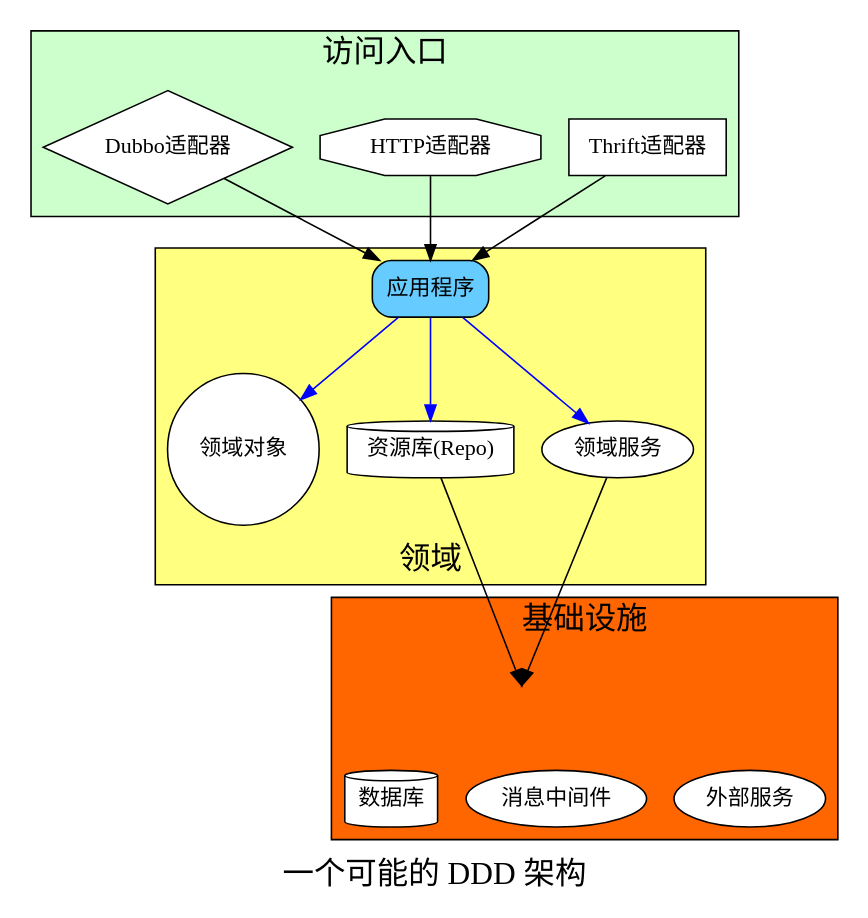
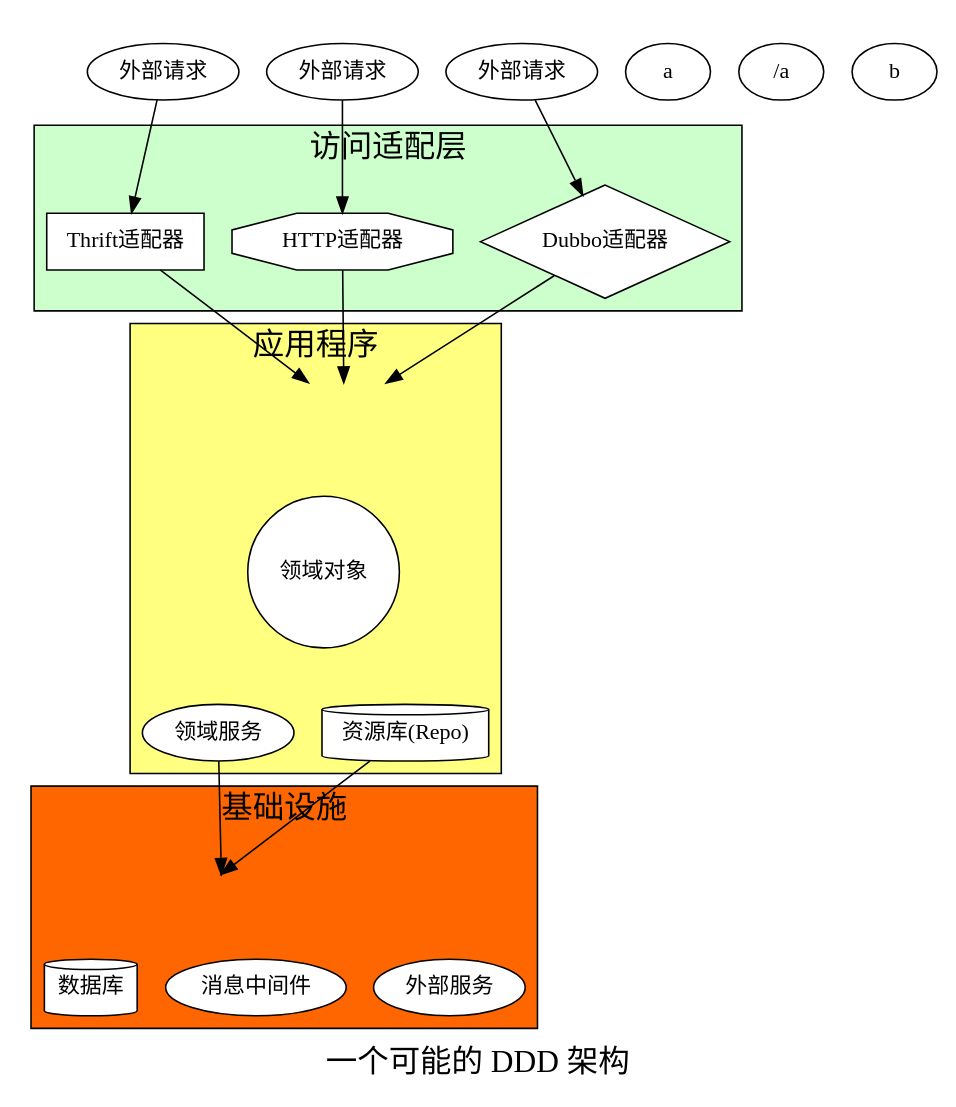
One commit to shinyoo/shinyoo.github.io changed the diagram in ddd/img/architecture.dot. Above: the diagram before and after it, drawn with Graphviz. The commit also changed 4 other files, not shown here.

```diff
--- a/ddd/img/architecture.dot
+++ b/ddd/img/architecture.dot
@@ -1,66 +1,89 @@
 digraph architecture {
     splines=false
+
+    subgraph cluster_req {
+        r1[label="外部请求"]
+        r2[label="外部请求"]
+        r3[label="外部请求"]
+        // r1->r2->r3[style=invis]
+        border=false
+        color=none
+    }
+    subgraph cluster_entry{
+        // i[style=invis;height=0;rank=source]
+        // i->{a0,a1,a2}[style=invis]
+        node[style="filled";fillcolor=white]
+        a2[label="Thrift适配器";shape=box;width=1];
+        a0[label="HTTP适配器";shape=octagon;];
+        a1[label="Dubbo适配器";shape=diamond;height=1];
+        {a0,a1,a2}[rank=same];
+        fontsize=20;
+        label="访问适配层";
+        style=filled;
+        fillcolor="#ccffcc";   
+        compound=true;
+    }
+
+    {a0,a1,a2}->entry[ltail=cluster_entry,lhead=cluster_domain]
     subgraph cluster_domain{
         node[style=filled;fillcolor=white]
         edge[color=blue];
-        app[label="应用程序";style="rounded,filled";shape=box;fillcolor="#66ccff"]
+
+        entry[label="应用程序";style="filled,invis";shape=hexagon;fillcolor="#66ccff";rank=source]
         o[label="领域对象";shape=circle]
         repo[label="资源库(Repo)";shape=cylinder];
         d_ser[label="领域服务"];
 
+        edge[style="invis"]
+        entry->repo
+        entry->repo
+        entry->o
+        entry->o
+        entry->d_ser
+        entry->d_ser
+        labelloc=t;
         
-        app->repo
-        app->o
-        app->d_ser
-        labelloc=b;
-        label="领域";
+        label="应用程序";
         fontsize=20;
         style=filled;
         fillcolor="#ffff80";
         out[style=invisible;rank=min]
-        
+        compound=true;
     }
 
     edge[head=invis;headport=w]
     d_ser->in
     repo->in
     edge[headport=none]
     subgraph cluster_infr{
         in[style=invisible;rank=same;height=0;width=0]
         node[style=filled;fillcolor=white]
         db[label="数据库";shape=cylinder]
         mq[label="消息中间件"]
         ex_ser[label="外部服务"];
         edge[style=invis];
         _r[style=invis;]
         
         in->db,mq,ex_ser
         
         fontsize=20;
         label="基础设施";
         style=filled;
+        compound=true;
         fillcolor="#ff6600";
     }
 
-    subgraph cluster_entry{
-        node[style=filled;fillcolor=white]
-        a2[label="Thrift适配器";shape=box;width=1];
-        
-        a0[label="HTTP适配器";shape=octagon];
-        a1[label="Dubbo适配器";shape=diamond;height=1];
 
-        a2->app;    
-        a0->app;
-        a1->app;
-        fontsize=20;
-        label="访问入口";
-        style=filled;
-        shape=oval;
-        fillcolor="#ccffcc";       
-    }
+    r1->a0
+    r2->a1
+    r3->a2
+    {r1,r2,r3}[rank=min]
+    a1->o[style=invis]
+    o->repo[style=invis]
+    o->d_ser[style=invis]
+    fontsize=20;
+    label="一个可能的 DDD 架构";
 
 
-
-    fontsize=20
-    label="一个可能的 DDD 架构";
+    {<a>a:1</a>;b;}
 }
```
